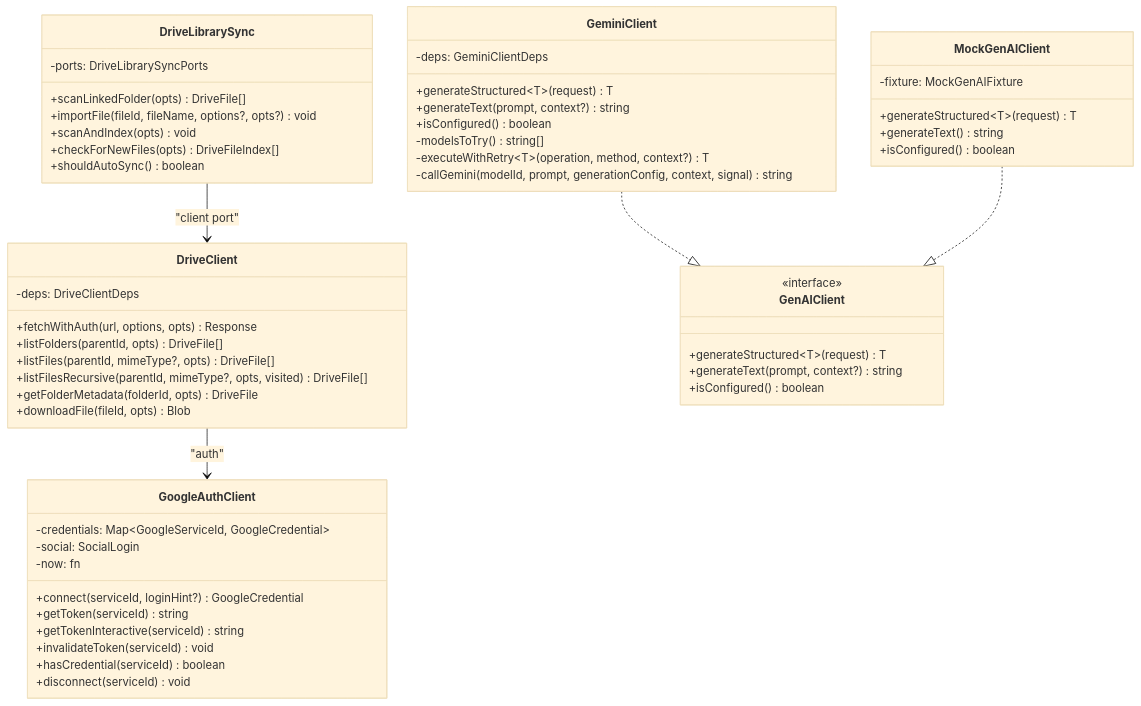
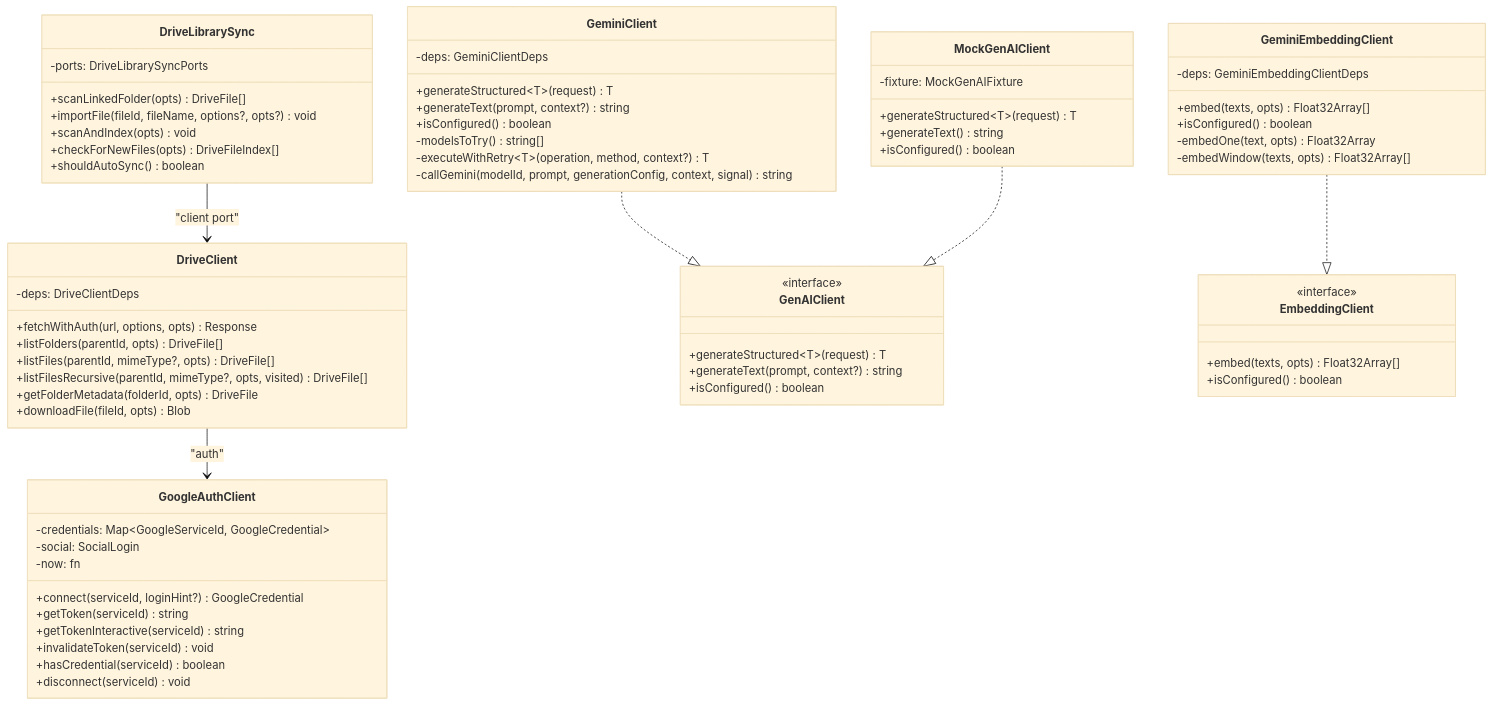
The sixth of 6 diagrams in docs/comprehensive/39-domain-google.md (vrwarp/versicle), drawn with Mermaid (base theme) before and after one commit. The commit also changed other lines of this file and 17 other files, not shown here.

````diff
--- a/docs/comprehensive/39-domain-google.md
+++ b/docs/comprehensive/39-domain-google.md
@@ -875,62 +1008,77 @@
 ```mermaid
 classDiagram
     class GoogleAuthClient {
         -credentials: Map~GoogleServiceId, GoogleCredential~
         -social: SocialLogin
         -now: fn
         +connect(serviceId, loginHint?) GoogleCredential
         +getToken(serviceId) string
         +getTokenInteractive(serviceId) string
         +invalidateToken(serviceId) void
         +hasCredential(serviceId) boolean
         +disconnect(serviceId) void
     }
 
     class DriveClient {
         -deps: DriveClientDeps
         +fetchWithAuth(url, options, opts) Response
         +listFolders(parentId, opts) DriveFile[]
         +listFiles(parentId, mimeType?, opts) DriveFile[]
         +listFilesRecursive(parentId, mimeType?, opts, visited) DriveFile[]
         +getFolderMetadata(folderId, opts) DriveFile
         +downloadFile(fileId, opts) Blob
     }
 
     class DriveLibrarySync {
         -ports: DriveLibrarySyncPorts
         +scanLinkedFolder(opts) DriveFile[]
         +importFile(fileId, fileName, options?, opts?) void
         +scanAndIndex(opts) void
         +checkForNewFiles(opts) DriveFileIndex[]
         +shouldAutoSync() boolean
     }
 
     class GeminiClient {
         -deps: GeminiClientDeps
         +generateStructured~T~(request) T
         +generateText(prompt, context?) string
         +isConfigured() boolean
         -modelsToTry() string[]
         -executeWithRetry~T~(operation, method, context?) T
         -callGemini(modelId, prompt, generationConfig, context, signal) string
     }
 
     class MockGenAIClient {
         -fixture: MockGenAIFixture
         +generateStructured~T~(request) T
         +generateText() string
         +isConfigured() boolean
     }
 
     class GenAIClient {
         <<interface>>
         +generateStructured~T~(request) T
         +generateText(prompt, context?) string
         +isConfigured() boolean
     }
 
+    class EmbeddingClient {
+        <<interface>>
+        +embed(texts, opts) Float32Array[]
+        +isConfigured() boolean
+    }
+
+    class GeminiEmbeddingClient {
+        -deps: GeminiEmbeddingClientDeps
+        +embed(texts, opts) Float32Array[]
+        +isConfigured() boolean
+        -embedOne(text, opts) Float32Array
+        -embedWindow(texts, opts) Float32Array[]
+    }
+
     DriveClient --> GoogleAuthClient : "auth"
     DriveLibrarySync --> DriveClient : "client port"
     GeminiClient ..|> GenAIClient
     MockGenAIClient ..|> GenAIClient
+    GeminiEmbeddingClient ..|> EmbeddingClient
 ```
````
